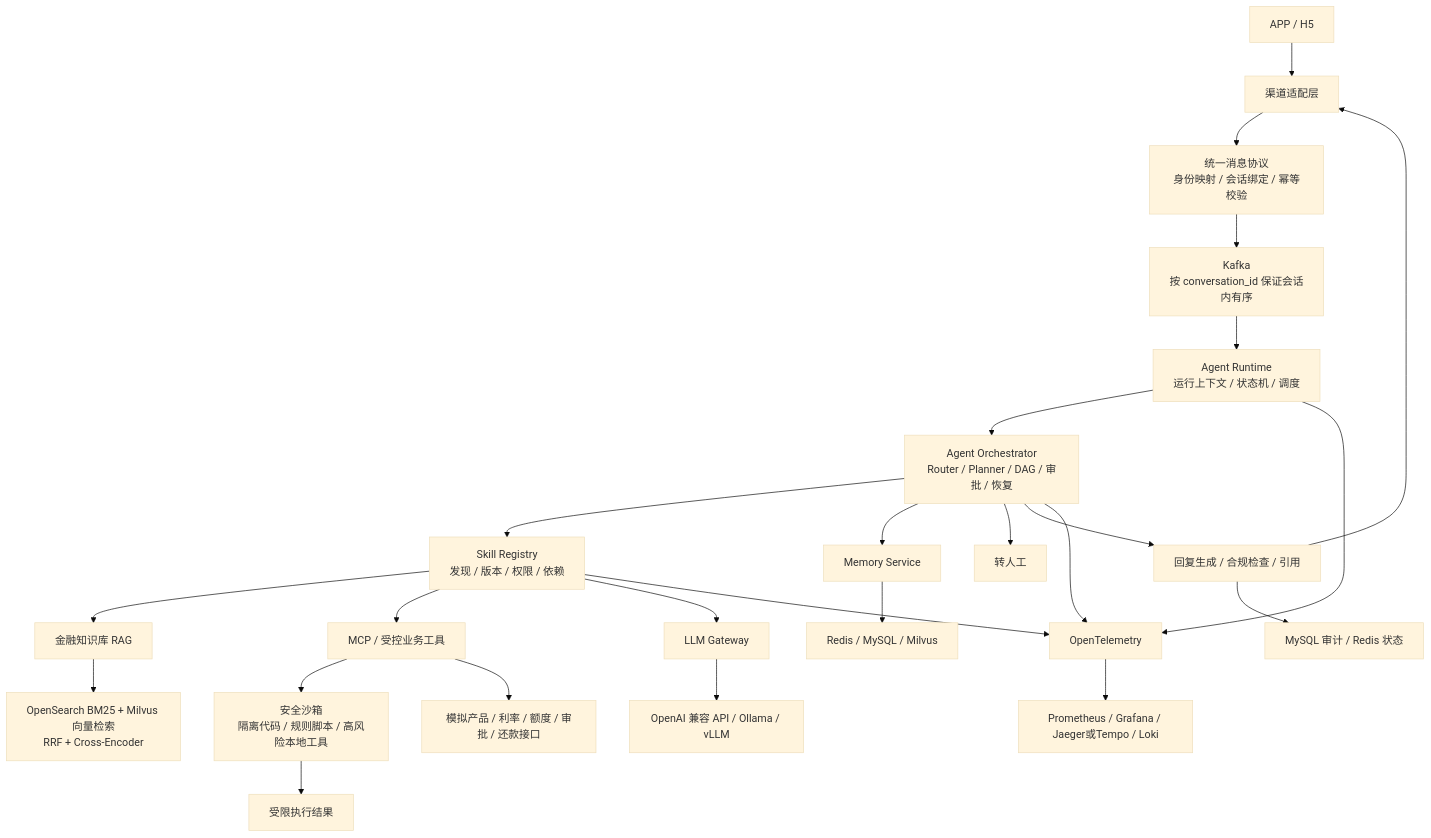
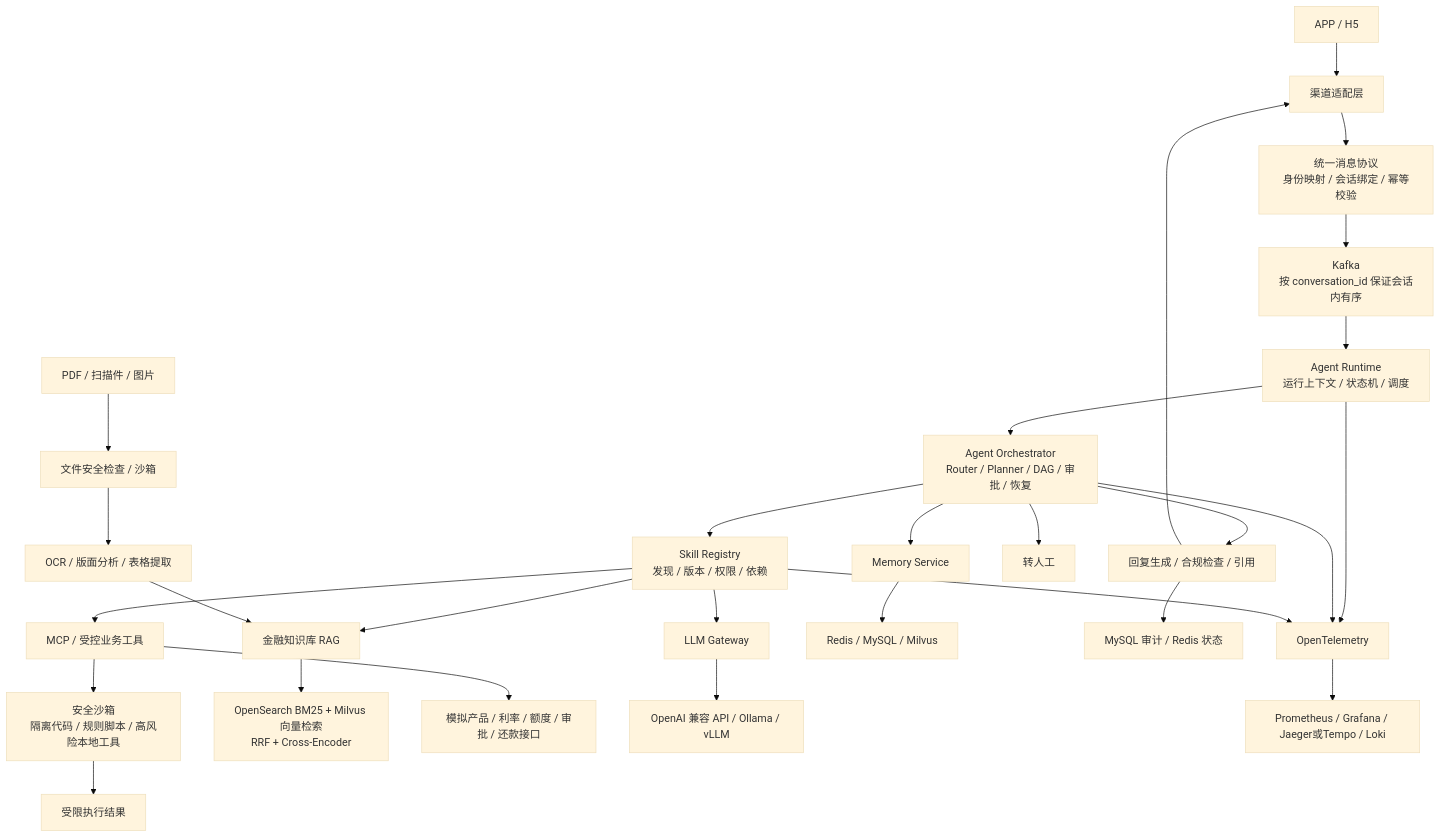
The diagram in docs/project-context.md (songlindong/AgentForge), drawn with Mermaid (base theme) before and after one commit. The commit also changed other lines of this file and 7 other files, not shown here.

````diff
--- a/docs/project-context.md
+++ b/docs/project-context.md
@@ -100,27 +118,30 @@
 ```mermaid
 flowchart TD
     CH["APP / H5"] --> CA["渠道适配层"]
     CA --> NM["统一消息协议<br/>身份映射 / 会话绑定 / 幂等校验"]
     NM --> MQ["Kafka<br/>按 conversation_id 保证会话内有序"]
     MQ --> AR["Agent Runtime<br/>运行上下文 / 状态机 / 调度"]
     AR --> AO["Agent Orchestrator<br/>Router / Planner / DAG / 审批 / 恢复"]
     AO --> SK["Skill Registry<br/>发现 / 版本 / 权限 / 依赖"]
     SK --> RAG["金融知识库 RAG"]
+    FILE["PDF / 扫描件 / 图片"] --> FS["文件安全检查 / 沙箱"]
+    FS --> MM["OCR / 版面分析 / 表格提取"]
+    MM --> RAG
     SK --> MCP["MCP / 受控业务工具"]
     MCP --> SB["安全沙箱<br/>隔离代码 / 规则脚本 / 高风险本地工具"]
     SK --> LLM["LLM Gateway"]
     AO --> MEM["Memory Service"]
     AO --> HUMAN["转人工"]
     RAG --> RET["OpenSearch BM25 + Milvus 向量检索<br/>RRF + Cross-Encoder"]
     MCP --> MOCK["模拟产品 / 利率 / 额度 / 审批 / 还款接口"]
     SB --> EXEC["受限执行结果"]
     LLM --> MODEL["OpenAI 兼容 API / Ollama / vLLM"]
     MEM --> DATA["Redis / MySQL / Milvus"]
     AO --> OUT["回复生成 / 合规检查 / 引用"]
     OUT --> CA
     OUT --> AUDIT["MySQL 审计 / Redis 状态"]
     AR --> OTEL["OpenTelemetry"]
     AO --> OTEL
     SK --> OTEL
     OTEL --> OBS["Prometheus / Grafana / Jaeger或Tempo / Loki"]
 ```
````
